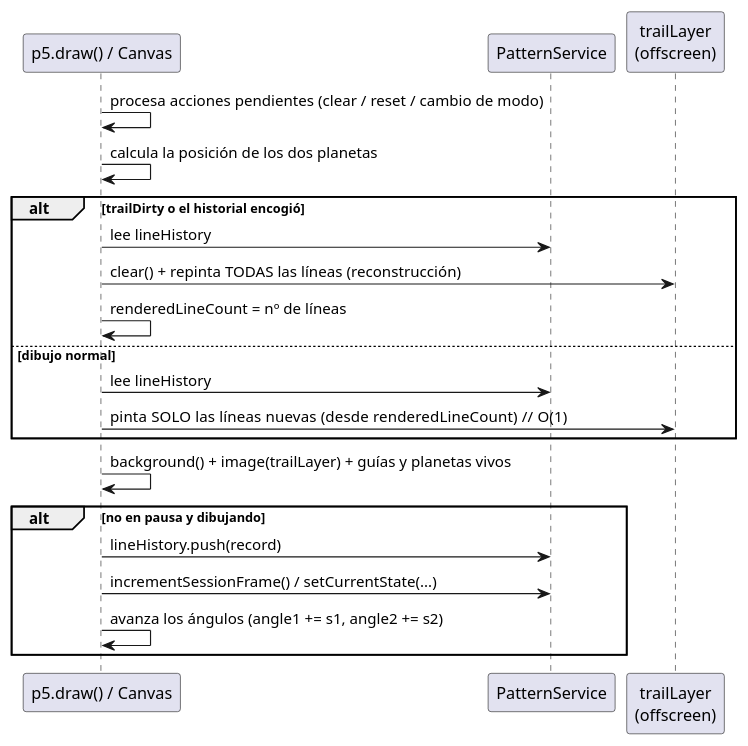
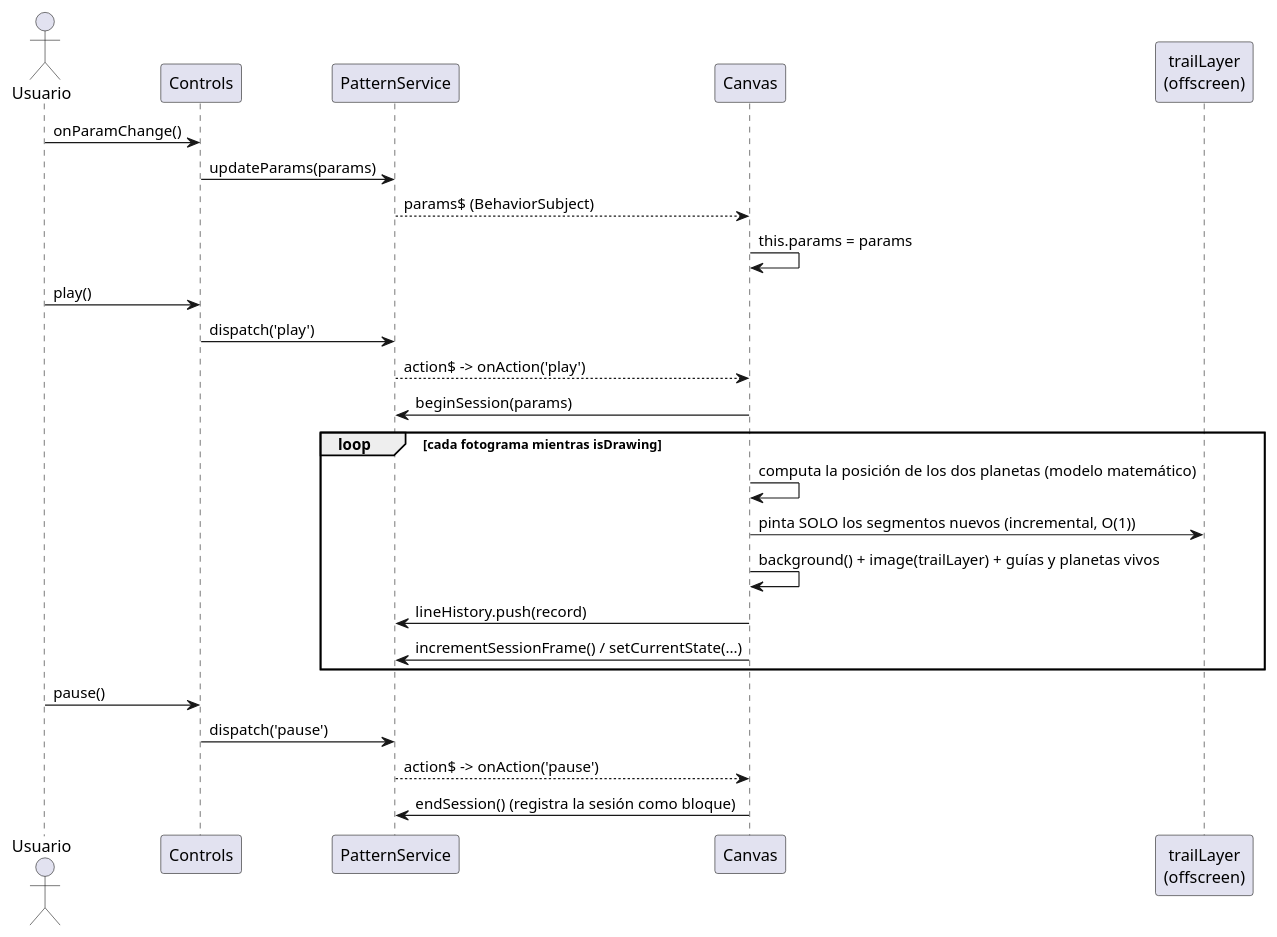
The first of 3 diagrams in claude/memoria-cap5-diseno.md (IgnacioMol/Epicycloid_generator), drawn with PlantUML before and after one commit. The commit also changed other lines of this file and 1 other file, not shown here.

````diff
--- a/claude/memoria-cap5-diseno.md
+++ b/claude/memoria-cap5-diseno.md
@@ -132,27 +92,32 @@
 ```plantuml
-@startuml SecRenderizadoFotograma
-participant "p5.draw() / Canvas" as CV
+@startuml SecGenerarReproducir
+actor Usuario
+participant "Controls" as C
 participant "PatternService" as PS
+participant "Canvas" as CV
 participant "trailLayer\n(offscreen)" as TL
 
-CV -> CV : procesa acciones pendientes (clear / reset / cambio de modo)
-CV -> CV : calcula la posición de los dos planetas
+Usuario -> C : onParamChange()
+C -> PS : updateParams(params)
+PS --> CV : params$ (BehaviorSubject)
+CV -> CV : this.params = params
 
-alt trailDirty o el historial encogió
-  CV -> PS : lee lineHistory
-  CV -> TL : clear() + repinta TODAS las líneas (reconstrucción)
-  CV -> CV : renderedLineCount = nº de líneas
-else dibujo normal
-  CV -> PS : lee lineHistory
-  CV -> TL : pinta SOLO las líneas nuevas (desde renderedLineCount)   // O(1)
+Usuario -> C : play()
+C -> PS : dispatch('play')
+PS --> CV : action$ -> onAction('play')
+CV -> PS : beginSession(params)
+
+loop cada fotograma mientras isDrawing
+  CV -> CV : computa la posición de los dos planetas (modelo matemático)
+  CV -> TL : pinta SOLO los segmentos nuevos (incremental, O(1))
+  CV -> CV : background() + image(trailLayer) + guías y planetas vivos
+  CV -> PS : lineHistory.push(record)
+  CV -> PS : incrementSessionFrame() / setCurrentState(...)
 end
 
-CV -> CV : background() + image(trailLayer) + guías y planetas vivos
-
-alt no en pausa y dibujando
-  CV -> PS : lineHistory.push(record)
-  CV -> PS : incrementSessionFrame() / setCurrentState(...)
-  CV -> CV : avanza los ángulos (angle1 += s1, angle2 += s2)
-end
+Usuario -> C : pause()
+C -> PS : dispatch('pause')
+PS --> CV : action$ -> onAction('pause')
+CV -> PS : endSession() (registra la sesión como bloque)
 @enduml
 ```
````
